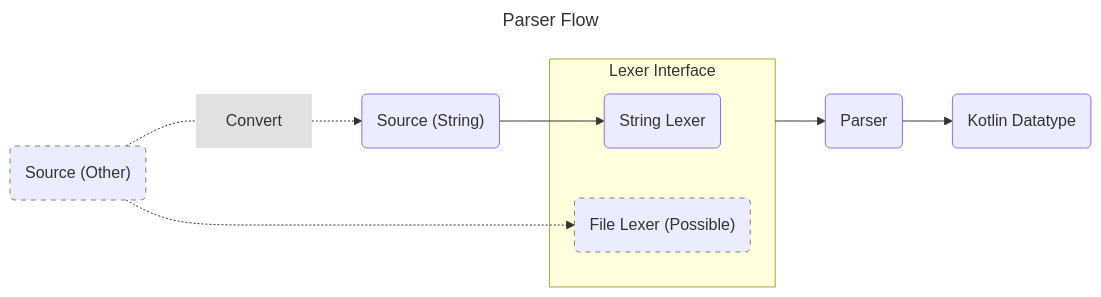
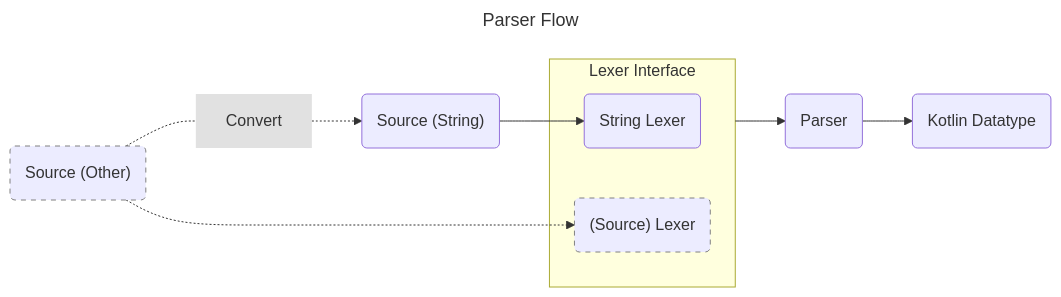
The diagram in README.md (QuickWrite/KotlinJsonParser), drawn with Mermaid before and after one commit.

Commit message:
Change the lexer name

````diff
--- a/README.md
+++ b/README.md
@@ -14,23 +14,23 @@
 ```mermaid
 ---
 title: Parser Flow
 ---
 
 graph LR;
     S("Source (String)")-->L;
     O("Source (Other)")-.- Convert -.->S;
     O-.->LT;
 
     subgraph LI[Lexer Interface]
     L(String Lexer);
-    LT("File Lexer (Possible)");
+    LT("(Source) Lexer");
     end
 
     LI-->P(Parser);
     P-->D(Kotlin Datatype)
     
     style Convert fill:#e1e1e1,stroke:none
     style LT stroke:#808080,stroke-dasharray: 5 5
     style O stroke:#808080,stroke-dasharray: 5 5
 
 ```
````
